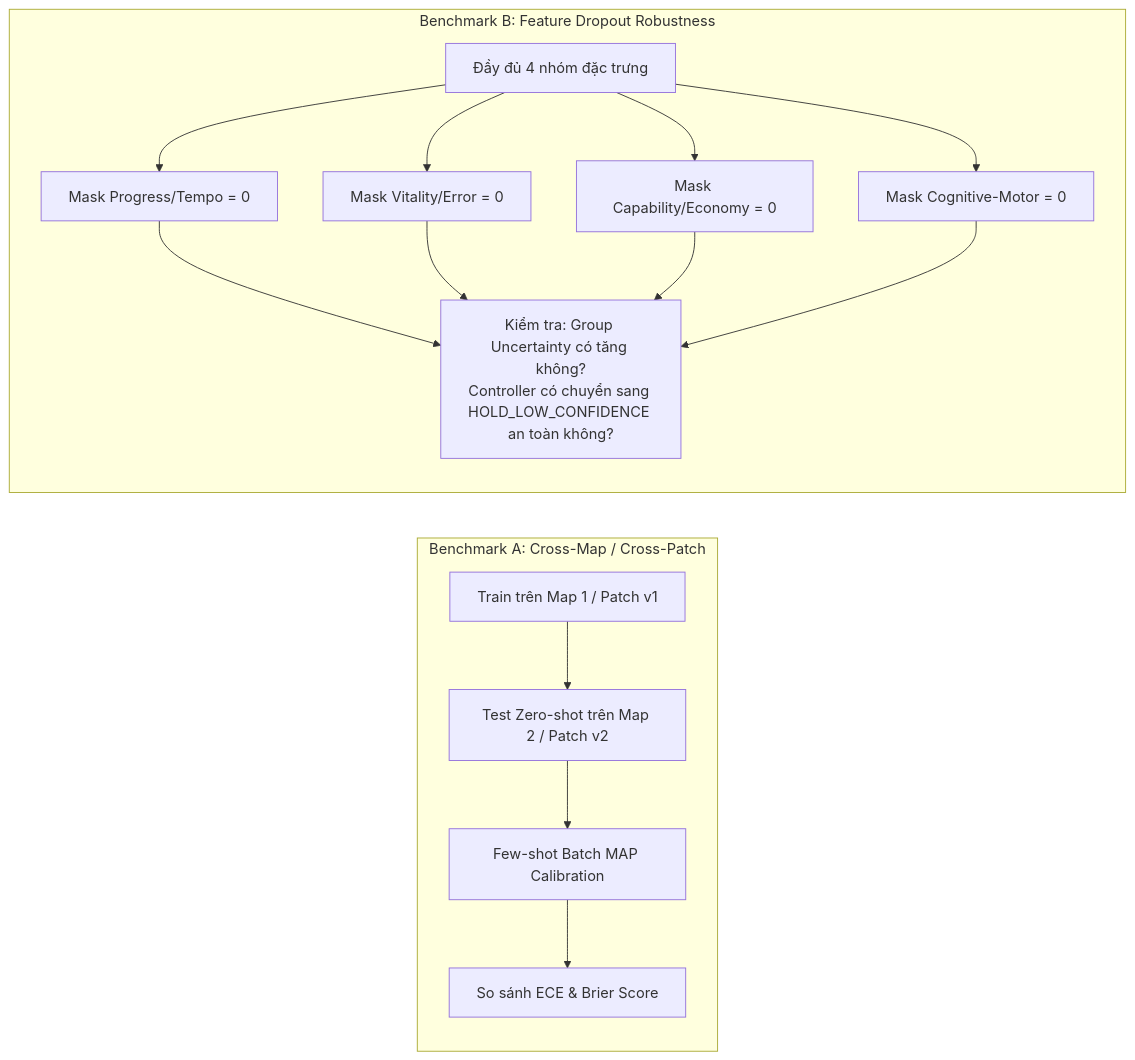
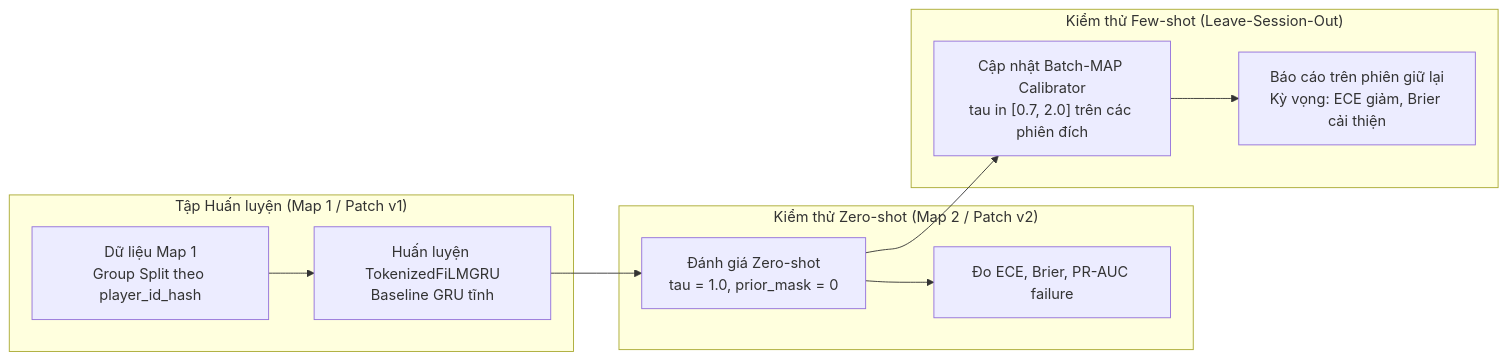
Before and after one commit to sonbm-itealvn/DDA-models: diagram 14 of 16 in SYSTEM_ARCHITECTURE_ANALYSIS.md, drawn with Mermaid. The commit also changed other lines of this file and 2 other files, not shown here.

````diff
--- a/SYSTEM_ARCHITECTURE_ANALYSIS.md
+++ b/SYSTEM_ARCHITECTURE_ANALYSIS.md
@@ -608,17 +916,16 @@
 ```mermaid
 flowchart LR
-    subgraph Benchmark A: Cross-Map / Cross-Patch
-        TrainA["Train trên Map 1 / Patch v1"] --> TestA["Test Zero-shot trên Map 2 / Patch v2"]
-        TestA --> CalibA["Few-shot Batch MAP Calibration"]
-        CalibA --> EvalA["So sánh ECE & Brier Score"]
+    subgraph TRAIN["Tập Huấn luyện (Map 1 / Patch v1)"]
+        TrData["Dữ liệu Map 1<br/>Group Split theo player_id_hash"] --> TrModel["Huấn luyện TokenizedFiLMGRU<br/>Baseline GRU tĩnh"]
     end
 
-    subgraph Benchmark B: Feature Dropout Robustness
-        FullInput["Đầy đủ 4 nhóm đặc trưng"] --> DropProgress["Mask Progress/Tempo = 0"]
-        FullInput --> DropVitality["Mask Vitality/Error = 0"]
-        FullInput --> DropCap["Mask Capability/Economy = 0"]
-        FullInput --> DropMotor["Mask Cognitive-Motor = 0"]
-        
-        DropProgress & DropVitality & DropCap & DropMotor --> CheckGate["Kiểm tra: Group Uncertainty có tăng không?<br/>Controller có chuyển sang HOLD_LOW_CONFIDENCE an toàn không?"]
+    subgraph ZERO["Kiểm thử Zero-shot (Map 2 / Patch v2)"]
+        TrModel --> ZTest["Đánh giá Zero-shot<br/>tau = 1.0, prior_mask = 0"]
+        ZTest --> ZMetrics["Đo ECE, Brier, PR-AUC failure"]
+    end
+
+    subgraph FEW["Kiểm thử Few-shot (Leave-Session-Out)"]
+        ZTest --> FCalib["Cập nhật Batch-MAP Calibrator<br/>tau in [0.7, 2.0] trên các phiên đích"]
+        FCalib --> FMetrics["Báo cáo trên phiên giữ lại<br/>Kỳ vọng: ECE giảm, Brier cải thiện"]
     end
 ```
````
